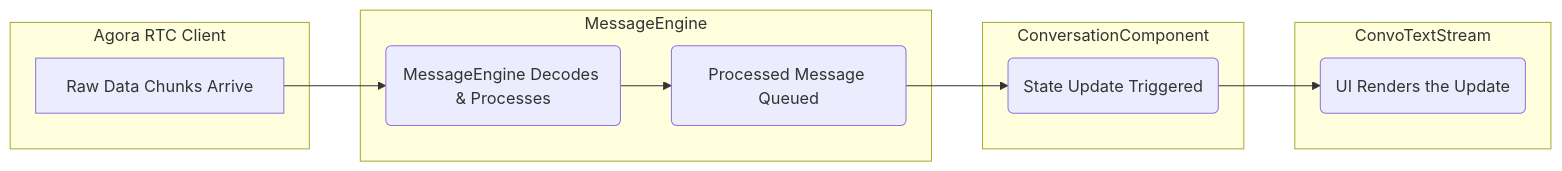
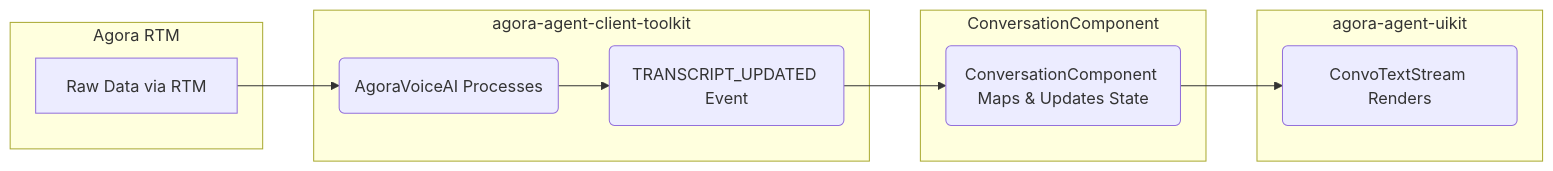
Before and after one commit to AgoraIO-Community/convo-ai-engine-dev-advocate-agent: the second of 2 diagrams in DOCS/TEXT_STREAMING_GUIDE.md, drawn with Mermaid. The commit also changed other lines of this file and 82 other files, not shown here.

````diff
--- a/DOCS/TEXT_STREAMING_GUIDE.md
+++ b/DOCS/TEXT_STREAMING_GUIDE.md
@@ -43,21 +52,21 @@
 ```mermaid
 graph LR
-    A[Raw Data Chunks Arrive] --> B(MessageEngine Decodes & Processes);
-    B --> C(Processed Message Queued);
-    C --> D(State Update Triggered);
-    D --> E(UI Renders the Update);
+    A[Raw Data via RTM] --> B(AgoraVoiceAI Processes);
+    B --> C(TRANSCRIPT_UPDATED Event);
+    C --> D(ConversationComponent Maps & Updates State);
+    D --> E(ConvoTextStream Renders);
 
-    subgraph RTC_Client [Agora RTC Client]
+    subgraph RTM [Agora RTM]
         A
     end
-    subgraph MsgEngine [MessageEngine]
+    subgraph Toolkit [agora-agent-client-toolkit]
         B
         C
     end
     subgraph ConvoComp [ConversationComponent]
         D
     end
-    subgraph ConvoStream [ConvoTextStream]
+    subgraph UIKit [agora-agent-uikit]
         E
     end
 ```
````
